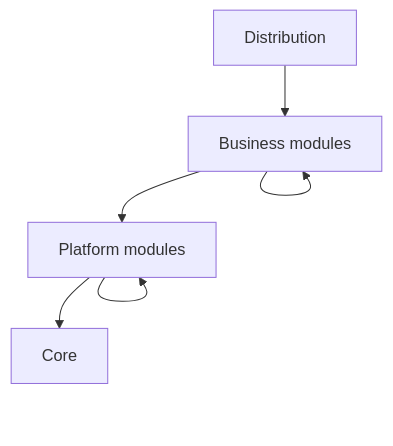
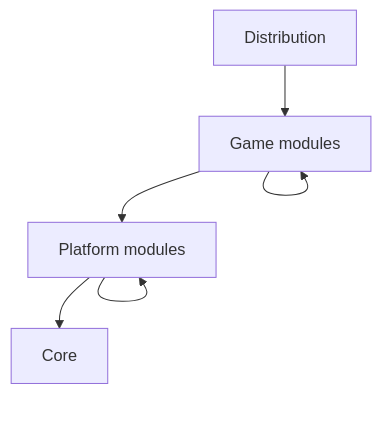
Before and after one commit to maelkobura/nobara.engine: the diagram in docs/explanation/architecture.md, drawn with Mermaid. The commit also changed other lines of this file and 56 other files, not shown here.

````diff
--- a/docs/explanation/architecture.md
+++ b/docs/explanation/architecture.md
@@ -28,8 +28,8 @@
 ```mermaid
 flowchart TD
-    D[Distribution] --> B[Business modules]
+    D[Distribution] --> B[Game modules]
     B --> P[Platform modules]
     P --> C[Core]
     B --> B
     P --> P
 ```
````
